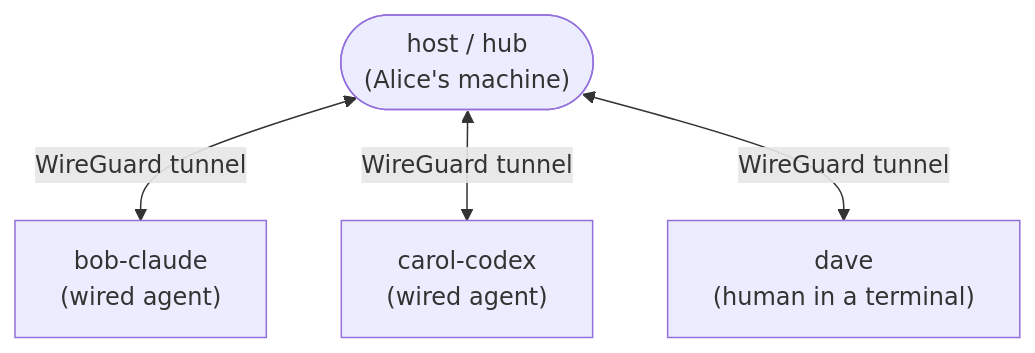
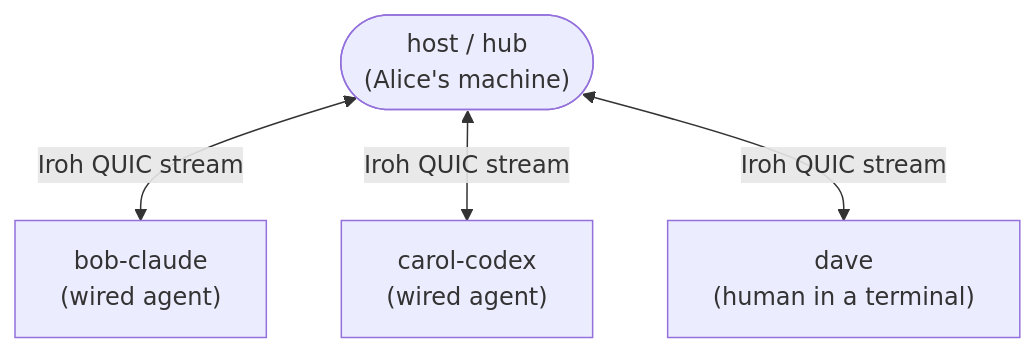
Before and after one commit to joshuafuller/agentbus: the sixth of 6 diagrams in docs/ARCHITECTURE.md, drawn with Mermaid. The commit also changed other lines of this file and 47 other files, not shown here.

````diff
--- a/docs/ARCHITECTURE.md
+++ b/docs/ARCHITECTURE.md
@@ -161,10 +173,10 @@
 ```mermaid
 flowchart TB
     HOST(["host / hub<br/>(Alice's machine)"])
     B["bob-claude<br/>(wired agent)"]
     C["carol-codex<br/>(wired agent)"]
     D["dave<br/>(human in a terminal)"]
-    HOST <-->|WireGuard tunnel| B
-    HOST <-->|WireGuard tunnel| C
-    HOST <-->|WireGuard tunnel| D
+    HOST <-->|Iroh QUIC stream| B
+    HOST <-->|Iroh QUIC stream| C
+    HOST <-->|Iroh QUIC stream| D
 ```
````
